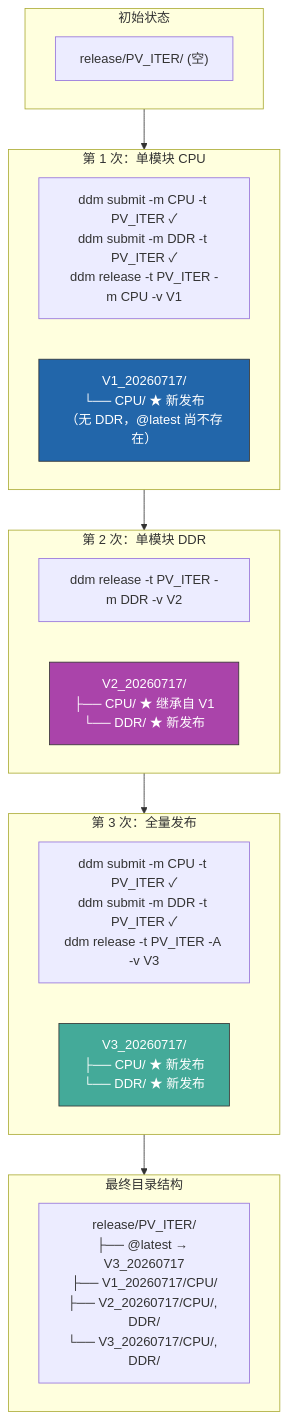
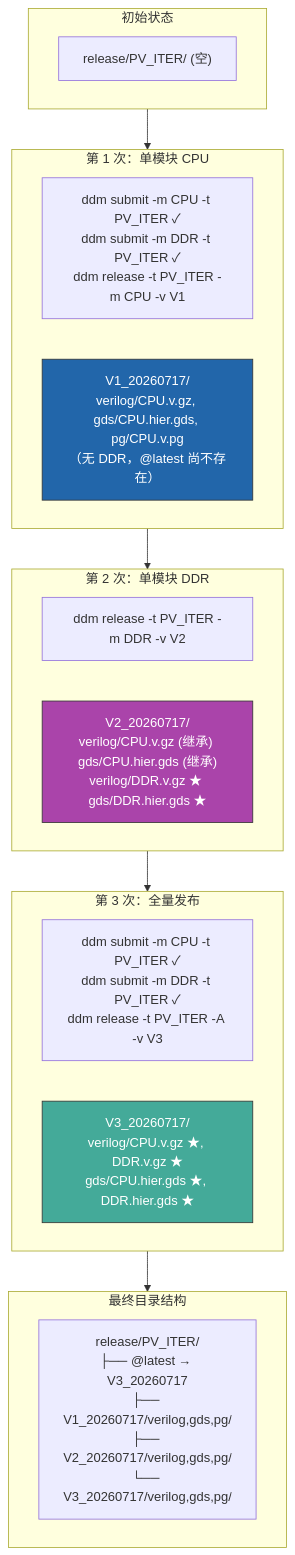
Before and after one commit to winsight/ddm: diagram 18 of 18 in docs/WORKFLOWS.md, drawn with Mermaid. The commit also changed other lines of this file and 2 other files, not shown here.

First line of the commit message:
refactor: remove module subdirectory from release version level

````diff
--- a/docs/WORKFLOWS.md
+++ b/docs/WORKFLOWS.md
@@ -662,33 +664,33 @@
 ```mermaid
 flowchart TD
     subgraph STEP0["初始状态"]
         E0["release/PV_ITER/ (空)"]
     end
 
     subgraph STEP1["第 1 次：单模块 CPU"]
         E1["ddm submit -m CPU -t PV_ITER ✓<br/>ddm submit -m DDR -t PV_ITER ✓<br/>ddm release -t PV_ITER -m CPU -v V1"]
-        R1["V1_20260717/<br/>└── CPU/ ★ 新发布<br/>（无 DDR，@latest 尚不存在）"]
+        R1["V1_20260717/<br/>verilog/CPU.v.gz, gds/CPU.hier.gds, pg/CPU.v.pg<br/>（无 DDR，@latest 尚不存在）"]
     end
 
     subgraph STEP2["第 2 次：单模块 DDR"]
         E2["ddm release -t PV_ITER -m DDR -v V2"]
-        R2["V2_20260717/<br/>├── CPU/ ★ 继承自 V1<br/>└── DDR/ ★ 新发布"]
+        R2["V2_20260717/<br/>verilog/CPU.v.gz (继承) gds/CPU.hier.gds (继承)<br/>verilog/DDR.v.gz ★ gds/DDR.hier.gds ★"]
     end
 
     subgraph STEP3["第 3 次：全量发布"]
         E3["ddm submit -m CPU -t PV_ITER ✓<br/>ddm submit -m DDR -t PV_ITER ✓<br/>ddm release -t PV_ITER -A -v V3"]
-        R3["V3_20260717/<br/>├── CPU/ ★ 新发布<br/>└── DDR/ ★ 新发布"]
+        R3["V3_20260717/<br/>verilog/CPU.v.gz ★, DDR.v.gz ★<br/>gds/CPU.hier.gds ★, DDR.hier.gds ★"]
     end
 
     STEP0 --> STEP1 --> STEP2 --> STEP3
 
     subgraph FINAL["最终目录结构"]
-        TREE["release/PV_ITER/<br/>├── @latest → V3_20260717<br/>├── V1_20260717/CPU/<br/>├── V2_20260717/CPU/, DDR/<br/>└── V3_20260717/CPU/, DDR/"]
+        TREE["release/PV_ITER/<br/>├── @latest → V3_20260717<br/>├── V1_20260717/verilog,gds,pg/<br/>├── V2_20260717/verilog,gds,pg/<br/>└── V3_20260717/verilog,gds,pg/"]
     end
 
     STEP3 --> FINAL
 
     style R1 fill:#26a,stroke:#333,color:#fff
     style R2 fill:#a4a,stroke:#333,color:#fff
     style R3 fill:#4a9,stroke:#333,color:#fff
 ```
````
